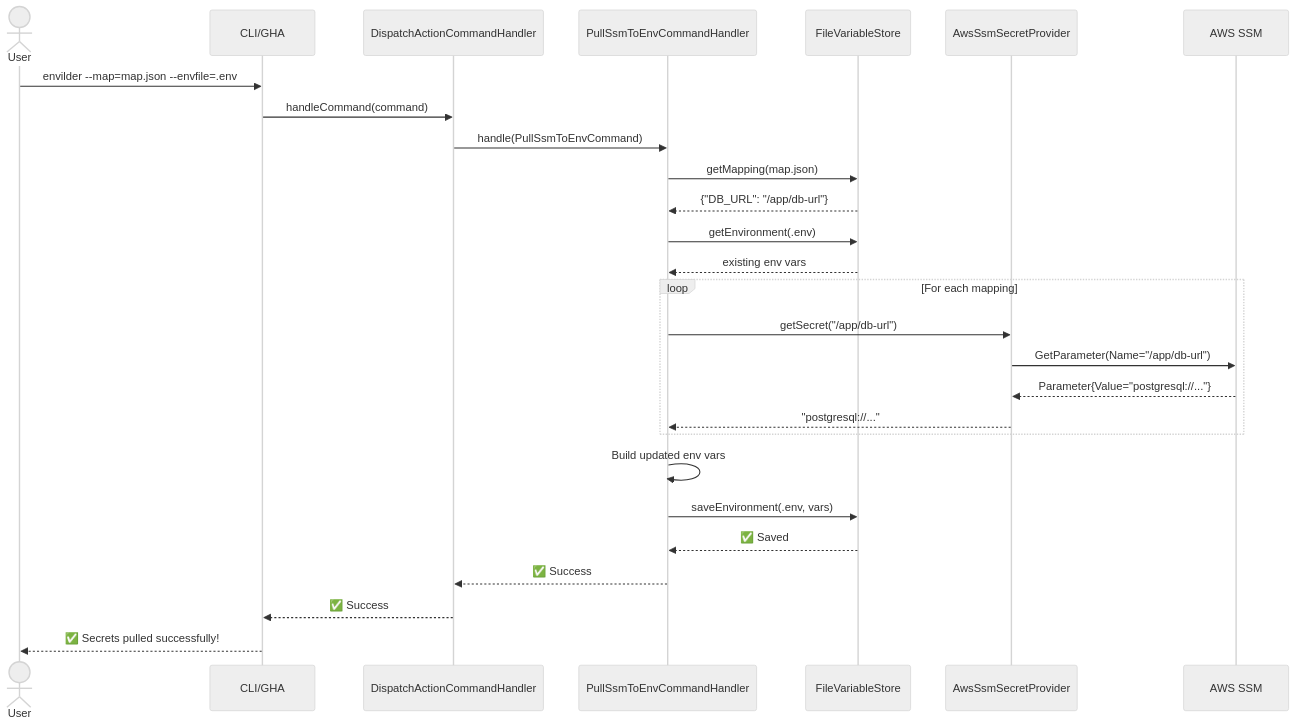
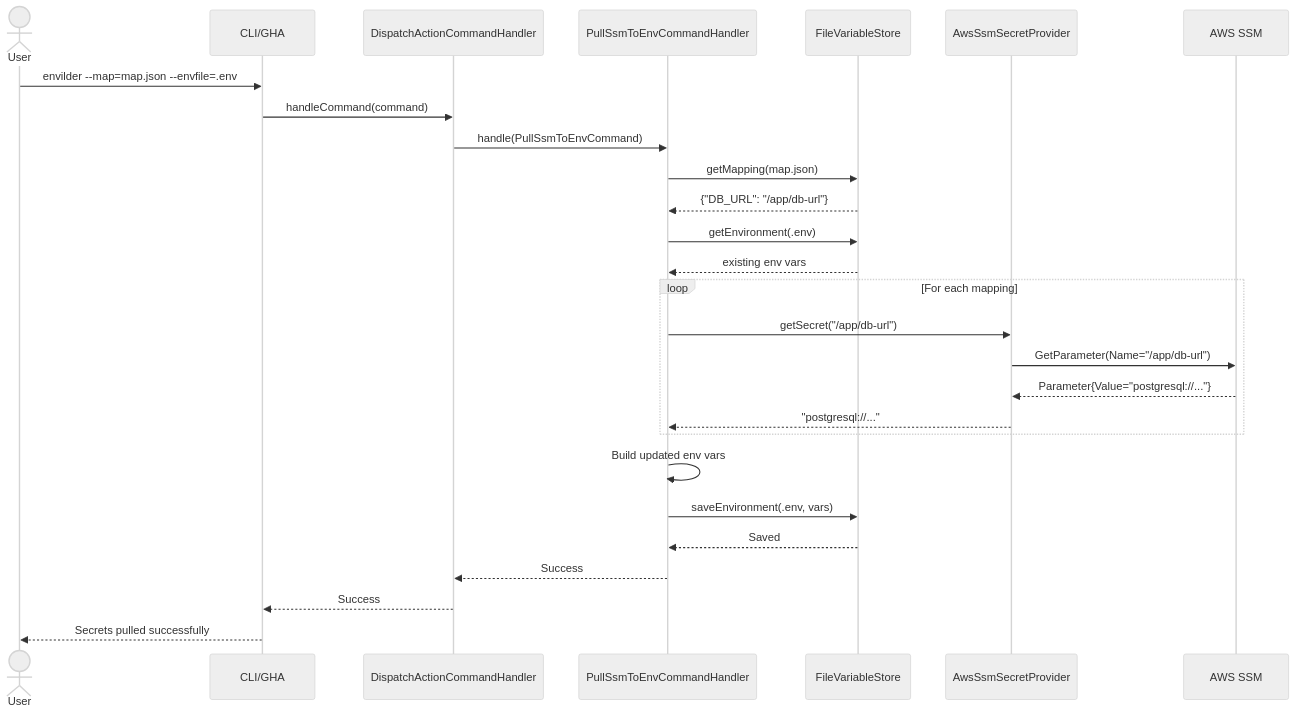
The second of 4 diagrams in docs/architecture/README.md (macalbert/envilder), drawn with Mermaid (neutral theme) before and after one commit. The commit also changed other lines of this file and 2 other files, not shown here.

````diff
--- a/docs/architecture/README.md
+++ b/docs/architecture/README.md
@@ -134,35 +170,35 @@
 ```mermaid
 sequenceDiagram
     actor User
     participant CLI as CLI/GHA
     participant Dispatch as DispatchActionCommandHandler
     participant Pull as PullSsmToEnvCommandHandler
     participant FileStore as FileVariableStore
     participant AWS as AwsSsmSecretProvider
     participant SSM as AWS SSM
 
     User->>CLI: envilder --map=map.json --envfile=.env
     CLI->>Dispatch: handleCommand(command)
     Dispatch->>Pull: handle(PullSsmToEnvCommand)
     
     Pull->>FileStore: getMapping(map.json)
     FileStore-->>Pull: {"DB_URL": "/app/db-url"}
     
     Pull->>FileStore: getEnvironment(.env)
     FileStore-->>Pull: existing env vars
     
     loop For each mapping
         Pull->>AWS: getSecret("/app/db-url")
         AWS->>SSM: GetParameter(Name="/app/db-url")
         SSM-->>AWS: Parameter{Value="postgresql://..."}
         AWS-->>Pull: "postgresql://..."
     end
     
     Pull->>Pull: Build updated env vars
     Pull->>FileStore: saveEnvironment(.env, vars)
-    FileStore-->>Pull: ✅ Saved
+    FileStore-->>Pull: Saved
     
-    Pull-->>Dispatch: ✅ Success
-    Dispatch-->>CLI: ✅ Success
-    CLI-->>User: ✅ Secrets pulled successfully!
+    Pull-->>Dispatch: Success
+    Dispatch-->>CLI: Success
+    CLI-->>User: Secrets pulled successfully
 ```
````
